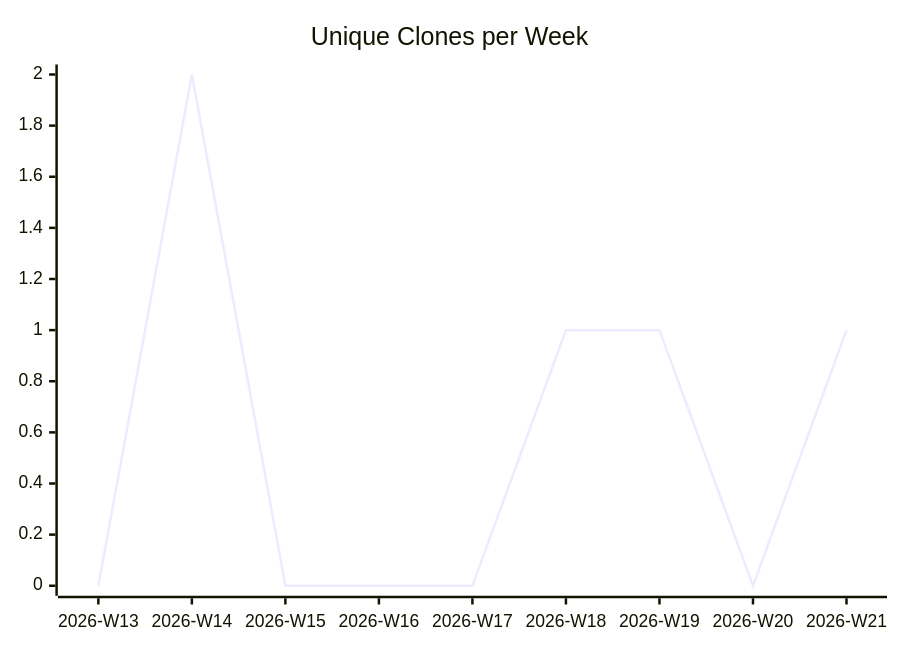
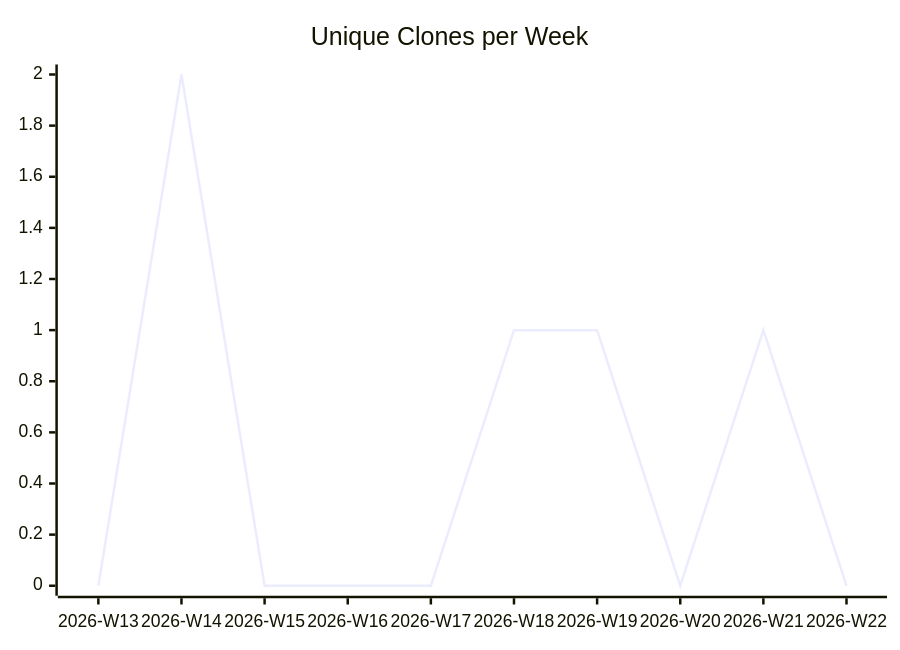
The third of 3 diagrams in karlmdavis/ldap-plugin/README.md (justdavis-family/github-analytics-data), drawn with Mermaid before and after one commit. The commit also changed other lines of this file and 190 other files, not shown here.

````diff
--- a/karlmdavis/ldap-plugin/README.md
+++ b/karlmdavis/ldap-plugin/README.md
@@ -19,6 +19,6 @@
 ```mermaid
 xychart-beta
   title "Unique Clones per Week"
-  x-axis ["2026-W13", "2026-W14", "2026-W15", "2026-W16", "2026-W17", "2026-W18", "2026-W19", "2026-W20", "2026-W21"]
-  line [0, 2, 0, 0, 0, 1, 1, 0, 1]
+  x-axis ["2026-W13", "2026-W14", "2026-W15", "2026-W16", "2026-W17", "2026-W18", "2026-W19", "2026-W20", "2026-W21", "2026-W22"]
+  line [0, 2, 0, 0, 0, 1, 1, 0, 1, 0]
 ```
````
